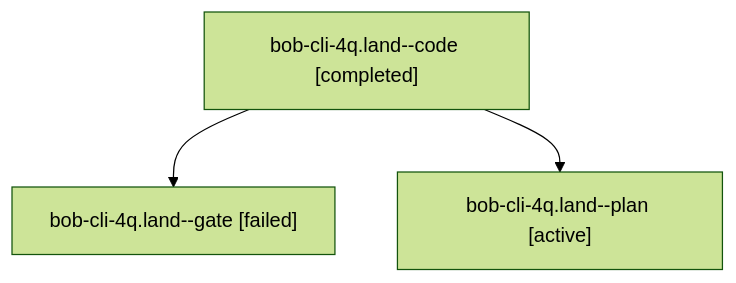
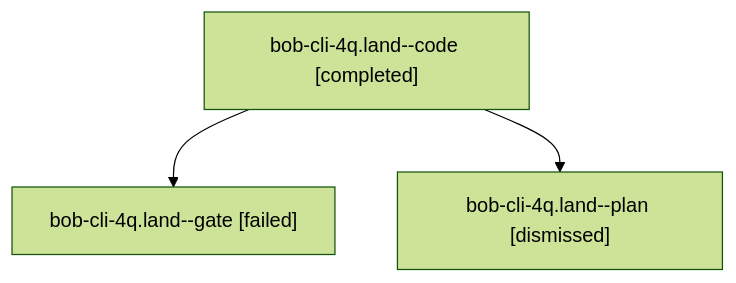
Before and after one commit to bobs-org/bob-cli--agents: the diagram in sessions/bbugyi200.athena.bob-cli-4q.land.md, drawn with Mermaid (forest theme). The commit also changed other lines of this file and 33 other files, not shown here.

````diff
--- a/sessions/bbugyi200.athena.bob-cli-4q.land.md
+++ b/sessions/bbugyi200.athena.bob-cli-4q.land.md
@@ -9,8 +9,8 @@
 ```mermaid
 flowchart TD
   n0["bob-cli-4q.land--code [completed]"]
   n1["bob-cli-4q.land--gate [failed]"]
   n0 --> n1
-  n2["bob-cli-4q.land--plan [active]"]
+  n2["bob-cli-4q.land--plan [dismissed]"]
   n0 --> n2
 ```
````
